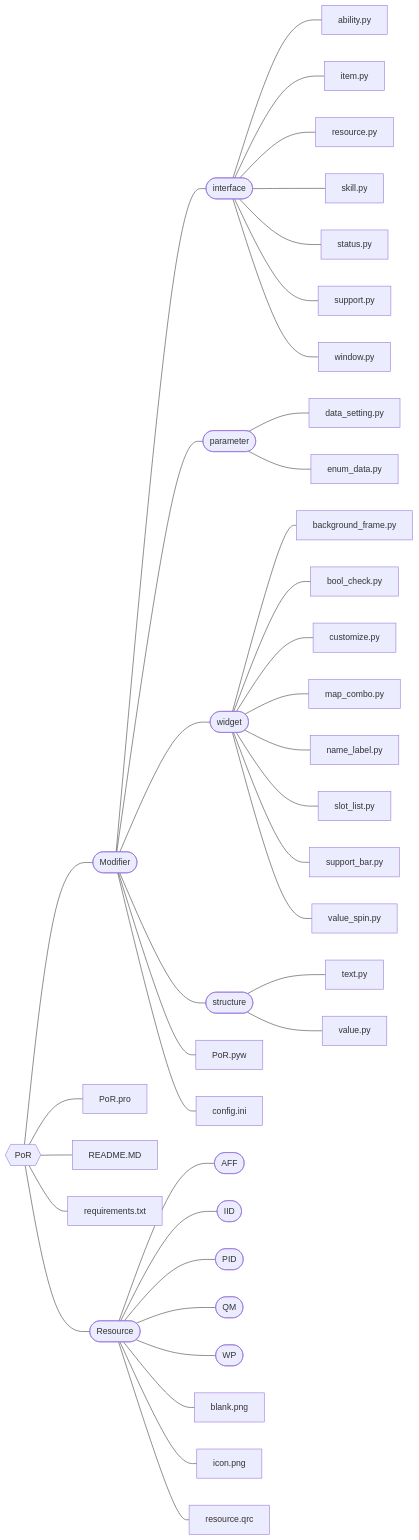
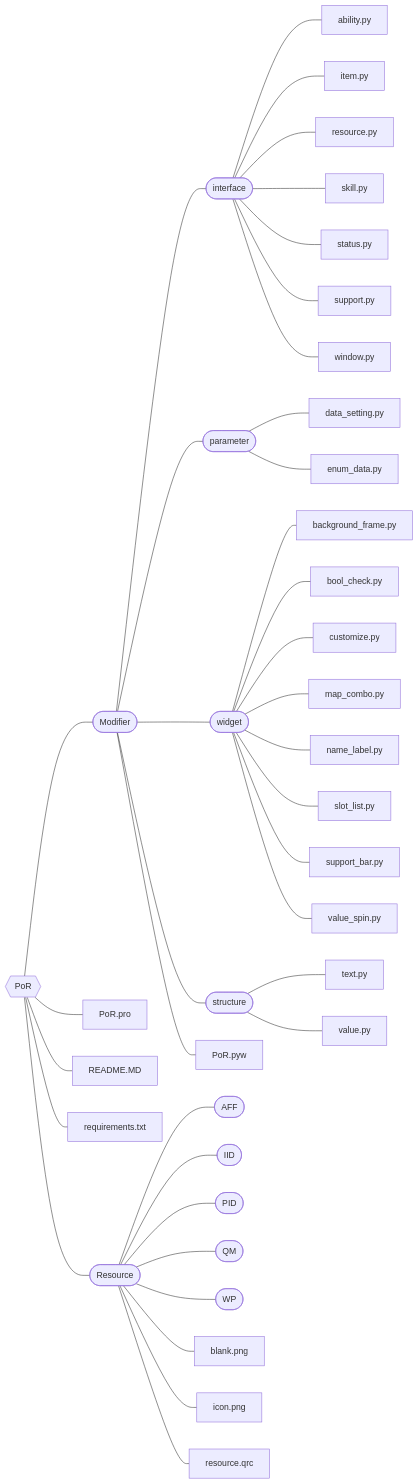
The diagram in README.MD (hamano0813/PoR), drawn with Mermaid before and after one commit. The commit also changed 16 other files, not shown here.

````diff
--- a/README.MD
+++ b/README.MD
@@ -17,48 +17,47 @@
 ```mermaid
 graph LR;
 R{{PoR}}
 m([Modifier])
 r([Resource])
 i([interface])
 p([parameter])
 s([structure])
 w([widget])
 R---m
 R---PoR.pro
 R---README.MD
 R---requirements.txt
 r---AFF([AFF])
 r---IID([IID])
 r---PID([PID])
 r---QM([QM])
 r---WP([WP])
 r---blank.png
 r---icon.png
 r---resource.qrc
 m---i
 m---p
 m---w
 m---s
 m---PoR.pyw
-m---config.ini
 i---ability.py
 i---item.py
 i---resource.py
 i---skill.py
 i---status.py
 i---support.py
 i---window.py
 p---data_setting.py
 p---enum_data.py
 s---text.py
 s---value.py
 w---background_frame.py
 w---bool_check.py
 w---customize.py
 w---map_combo.py
 w---name_label.py
 w---slot_list.py
 w---support_bar.py
 w---value_spin.py
 R---r
 ```
````
